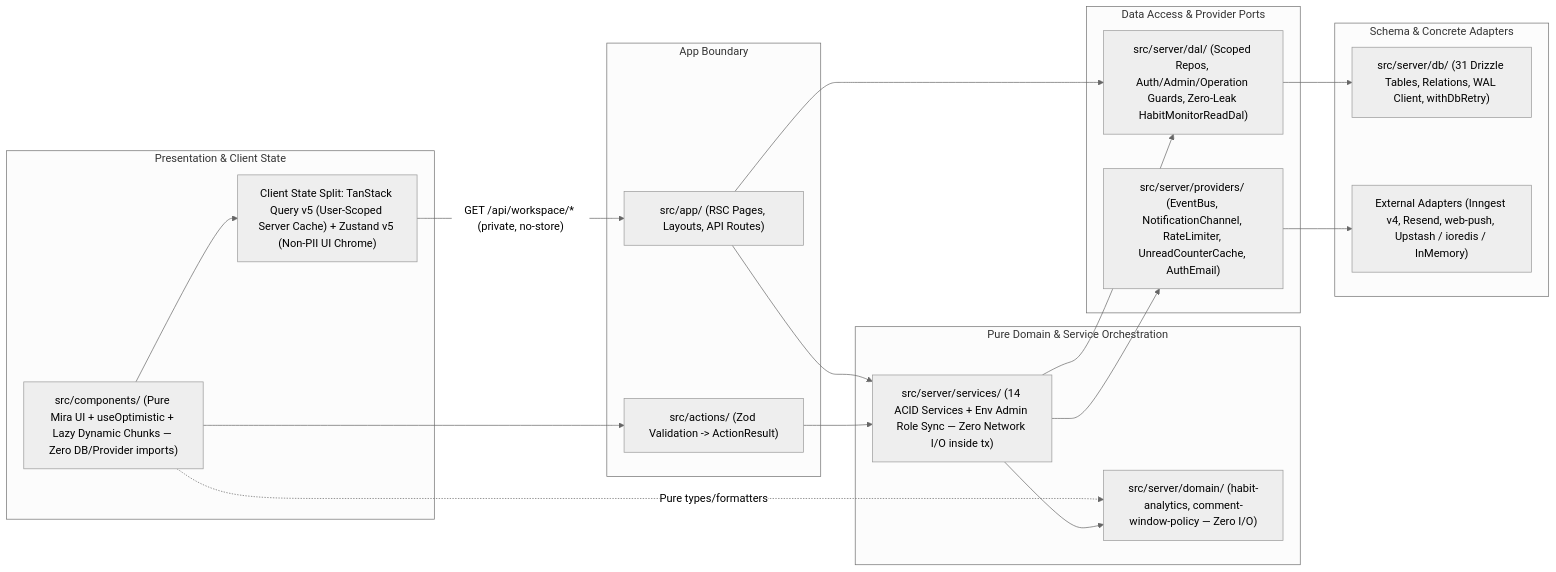
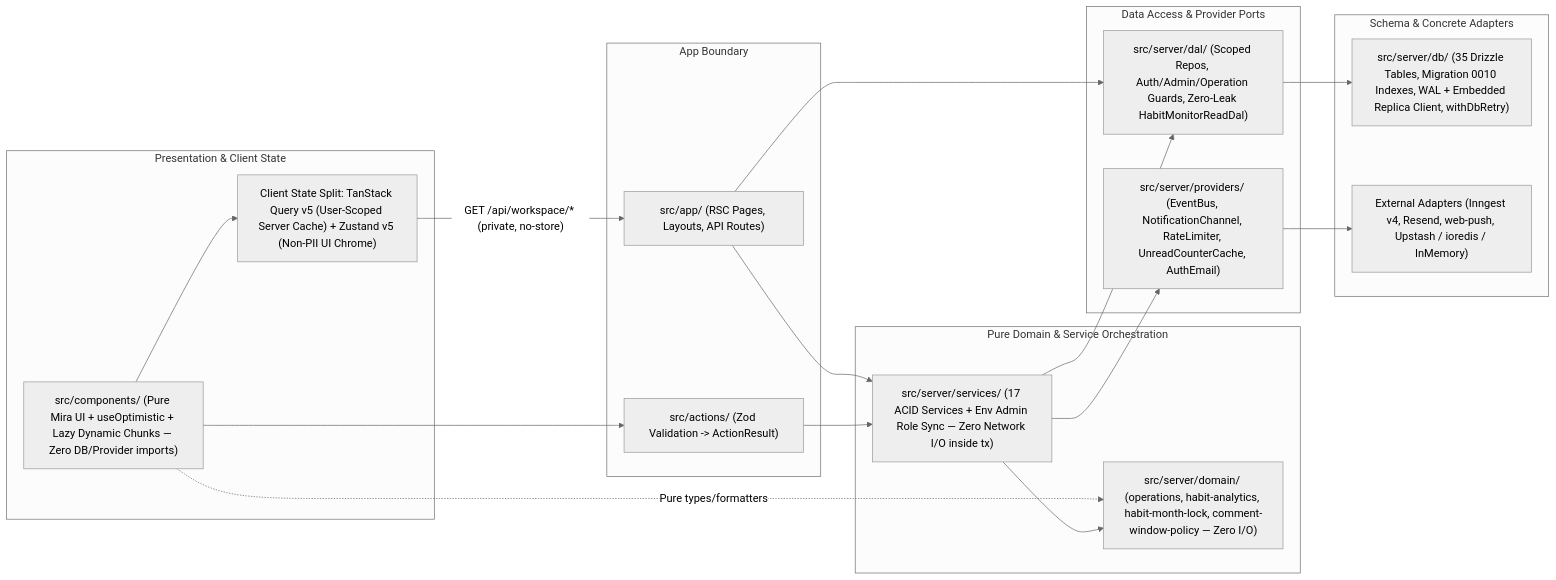
Before and after one commit to Marvin-MM/folio_tracker: the second of 12 diagrams in docs/ARCHITECTURE.md, drawn with Mermaid (neutral theme). The commit also changed other lines of this file and 159 other files, not shown here.

````diff
--- a/docs/ARCHITECTURE.md
+++ b/docs/ARCHITECTURE.md
@@ -75,40 +75,40 @@
 ```mermaid
 flowchart LR
   subgraph Presentation["Presentation & Client State"]
     COMP["src/components/ (Pure Mira UI + useOptimistic + Lazy Dynamic Chunks — Zero DB/Provider imports)"]
     STATE["Client State Split: TanStack Query v5 (User-Scoped Server Cache) + Zustand v5 (Non-PII UI Chrome)"]
   end
 
   subgraph Boundary["App Boundary"]
     APP["src/app/ (RSC Pages, Layouts, API Routes)"]
     ACTS["src/actions/ (Zod Validation -> ActionResult)"]
   end
 
   subgraph Domain["Pure Domain & Service Orchestration"]
-    PURE["src/server/domain/ (habit-analytics, comment-window-policy — Zero I/O)"]
-    SVCS["src/server/services/ (14 ACID Services + Env Admin Role Sync — Zero Network I/O inside tx)"]
+    PURE["src/server/domain/ (operations, habit-analytics, habit-month-lock, comment-window-policy — Zero I/O)"]
+    SVCS["src/server/services/ (17 ACID Services + Env Admin Role Sync — Zero Network I/O inside tx)"]
   end
 
   subgraph DataAndPorts["Data Access & Provider Ports"]
     DALS["src/server/dal/ (Scoped Repos, Auth/Admin/Operation Guards, Zero-Leak HabitMonitorReadDal)"]
     PORTS["src/server/providers/ (EventBus, NotificationChannel, RateLimiter, UnreadCounterCache, AuthEmail)"]
   end
 
   subgraph Foundations["Schema & Concrete Adapters"]
-    SCHEMA["src/server/db/ (31 Drizzle Tables, Relations, WAL Client, withDbRetry)"]
+    SCHEMA["src/server/db/ (35 Drizzle Tables, Migration 0010 Indexes, WAL + Embedded Replica Client, withDbRetry)"]
     ADAPT["External Adapters (Inngest v4, Resend, web-push, Upstash / ioredis / InMemory)"]
   end
 
   COMP --> STATE
   STATE -->|"GET /api/workspace/* (private, no-store)"| APP
   COMP --> ACTS
   COMP -.->|"Pure types/formatters"| PURE
   APP --> DALS
   APP --> SVCS
   ACTS --> SVCS
   SVCS --> PURE
   SVCS --> DALS
   SVCS --> PORTS
   DALS --> SCHEMA
   PORTS --> ADAPT
 ```
````
